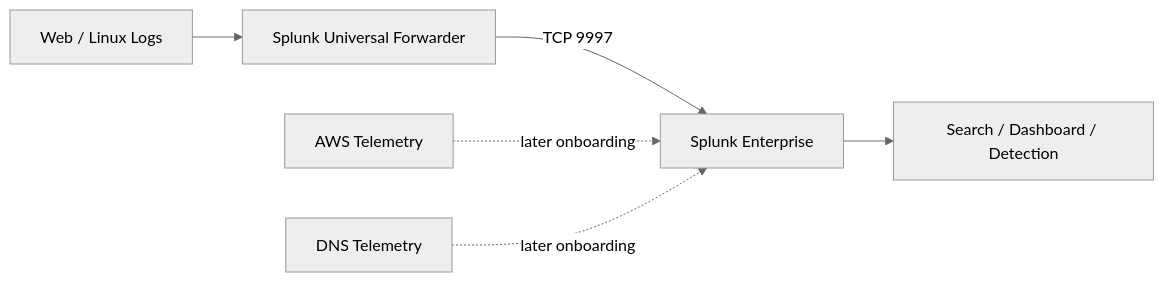
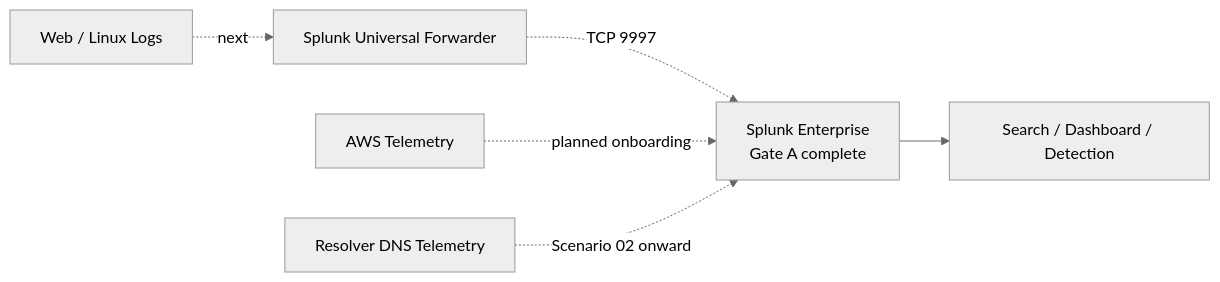
Before and after one commit to DNS-SOC-Lab/DNS-Lab-Infrastructure: the third of 3 diagrams in 01-network-architecture/traffic-flow.md, drawn with Mermaid (neutral theme). The commit also changed other lines of this file and 1 other file, not shown here.

Commit message:
docs(network): wire the Splunk access paths

````diff
--- a/01-network-architecture/traffic-flow.md
+++ b/01-network-architecture/traffic-flow.md
@@ -58,8 +58,9 @@
 ```mermaid
 flowchart LR
-    W[Web / Linux Logs] --> UF[Splunk Universal Forwarder]
-    UF -->|TCP 9997| S[Splunk Enterprise]
-    AWS[AWS Telemetry] -. later onboarding .-> S
-    DNS[DNS Telemetry] -. later onboarding .-> S
+    W[Web / Linux Logs] -. next .-> UF[Splunk Universal Forwarder]
+    UF -. TCP 9997 .-> S[Splunk Enterprise
+Gate A complete]
+    AWS[AWS Telemetry] -. planned onboarding .-> S
+    DNS[Resolver DNS Telemetry] -. Scenario 02 onward .-> S
     S --> D[Search / Dashboard / Detection]
 ```
````
